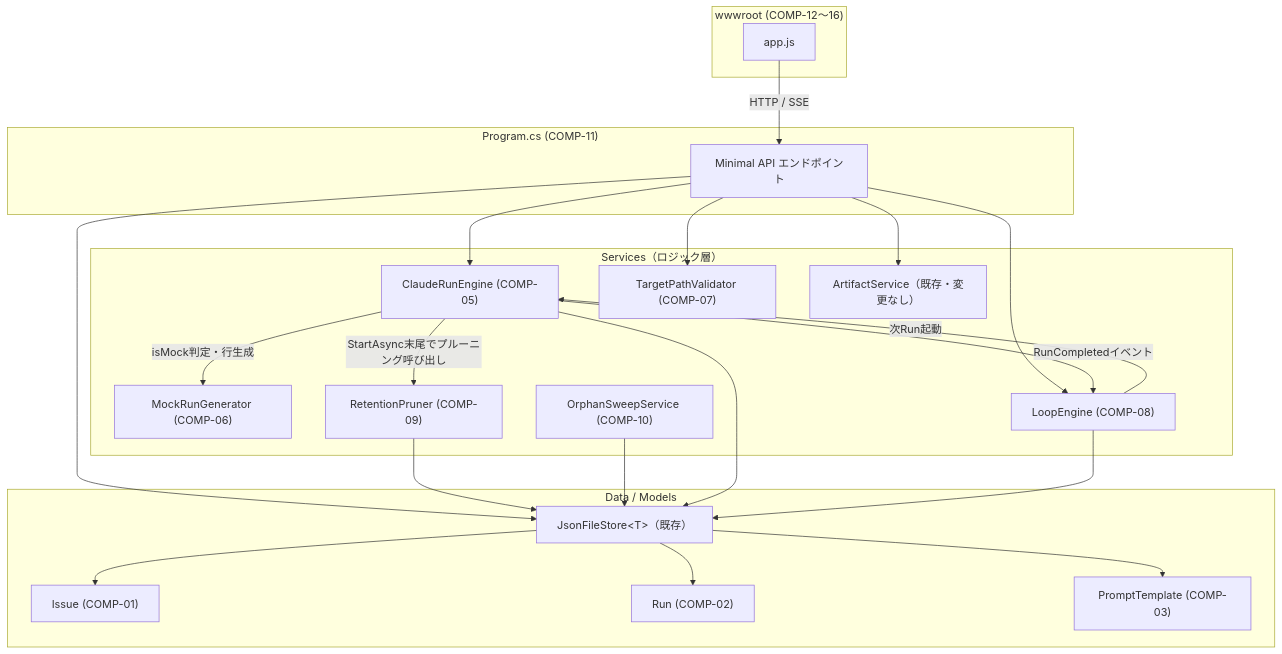
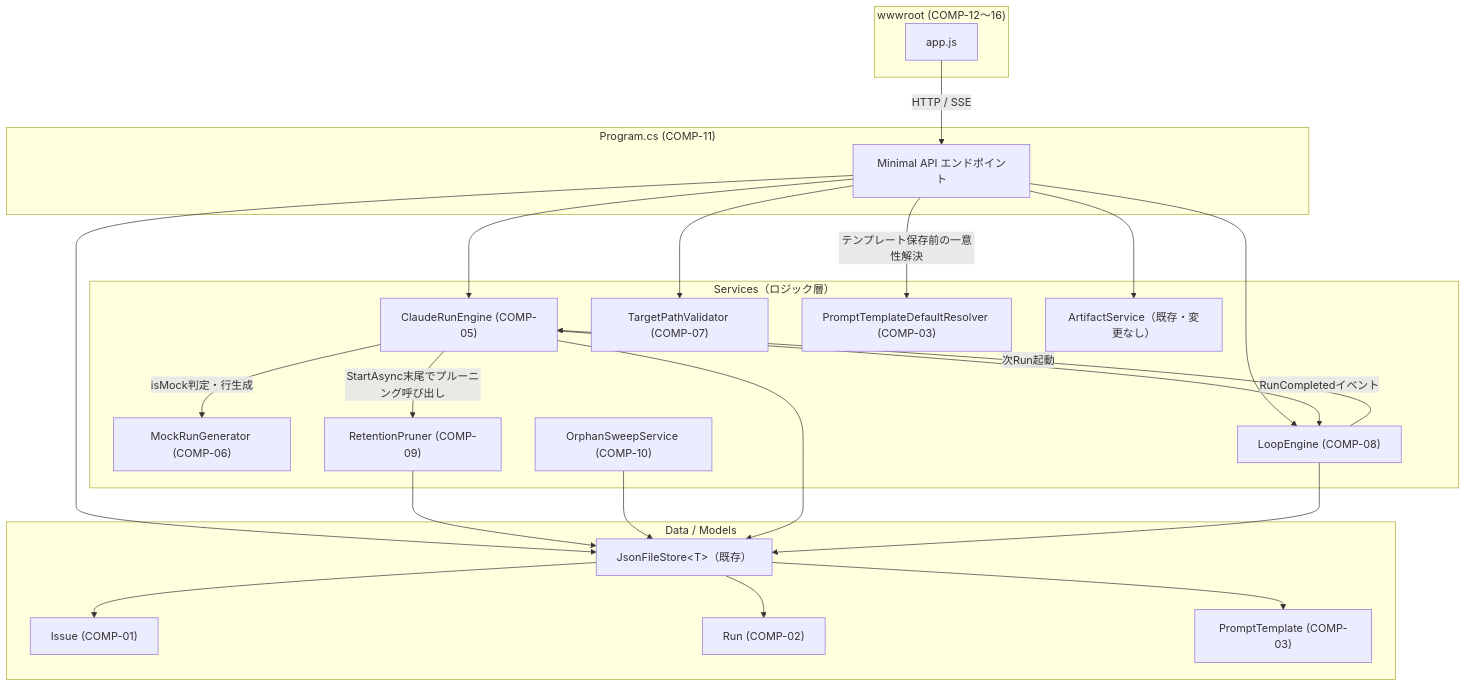
One commit to SanghunIm1991/claudeCodeGUI changed the first of 4 diagrams in docs/02_component_design/component_design.md. Above: the diagram before and after it, drawn with Mermaid. The commit also changed other lines of this file, not shown here.

````diff
--- a/docs/02_component_design/component_design.md
+++ b/docs/02_component_design/component_design.md
@@ -46,47 +46,49 @@
 ```mermaid
 flowchart TB
     subgraph Frontend["wwwroot (COMP-12〜16)"]
         AppJs["app.js"]
     end
 
     subgraph Http["Program.cs (COMP-11)"]
         Api["Minimal API エンドポイント"]
     end
 
     subgraph Logic["Services（ロジック層）"]
         Engine["ClaudeRunEngine (COMP-05)"]
         Mock["MockRunGenerator (COMP-06)"]
         PathVal["TargetPathValidator (COMP-07)"]
         Loop["LoopEngine (COMP-08)"]
         Prune["RetentionPruner (COMP-09)"]
         Orphan["OrphanSweepService (COMP-10)"]
+        TmplDefault["PromptTemplateDefaultResolver (COMP-03)"]
         Artifacts["ArtifactService（既存・変更なし）"]
     end
 
     subgraph Data["Data / Models"]
         Store["JsonFileStore&lt;T&gt;（既存）"]
         Issue["Issue (COMP-01)"]
         Run["Run (COMP-02)"]
         Tmpl["PromptTemplate (COMP-03)"]
     end
 
     AppJs -- "HTTP / SSE" --> Api
     Api --> Engine
     Api --> PathVal
     Api --> Loop
     Api --> Artifacts
     Api --> Store
+    Api -- "テンプレート保存前の一意性解決" --> TmplDefault
 
     Engine -- "isMock判定・行生成" --> Mock
     Engine -- "RunCompletedイベント" --> Loop
     Engine -- "StartAsync末尾でプルーニング呼び出し" --> Prune
     Loop -- "次Run起動" --> Engine
     Prune --> Store
     Orphan --> Store
 
     Engine --> Store
     Loop --> Store
     Store --> Issue
     Store --> Run
     Store --> Tmpl
 ```
````
